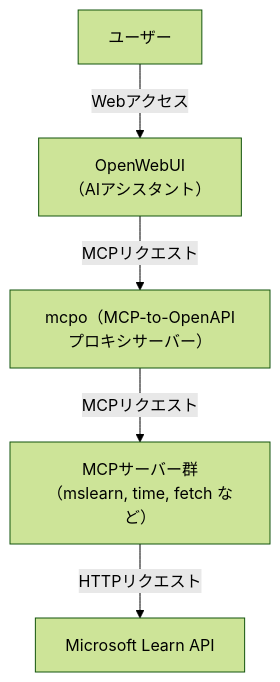
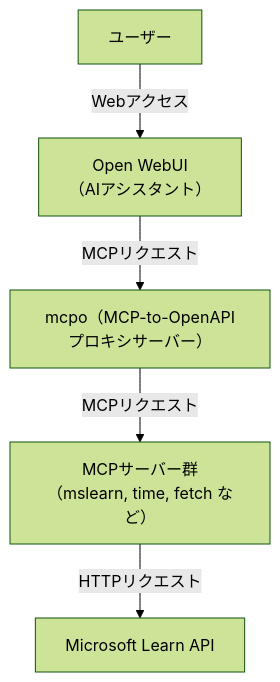
Before and after one commit to gushwell/zen-content: the first of 2 diagrams in articles/openwebui-mcp.md, drawn with Mermaid (forest theme). The commit also changed other lines of this file and 3 other files, not shown here.

````diff
--- a/articles/openwebui-mcp.md
+++ b/articles/openwebui-mcp.md
@@ -36,13 +36,13 @@
 ```mermaid
 flowchart 
     User[ユーザー]
-    OpenWebUI[OpenWebUI<br>（AIアシスタント）]
+    Open_WebUI[Open WebUI<br>（AIアシスタント）]
     mcpo[mcpo（MCP-to-OpenAPIプロキシサーバー）]
     MCPServer[MCPサーバー群<br>（mslearn, time, fetch など）]
     MicrosoftLearn[Microsoft Learn API]
 
-    User -- Webアクセス --> OpenWebUI
-    OpenWebUI -- MCPリクエスト --> mcpo
+    User -- Webアクセス --> Open_WebUI
+    Open_WebUI -- MCPリクエスト --> mcpo
     mcpo -- MCPリクエスト --> MCPServer
     MCPServer -- HTTPリクエスト --> MicrosoftLearn
 ```
````
